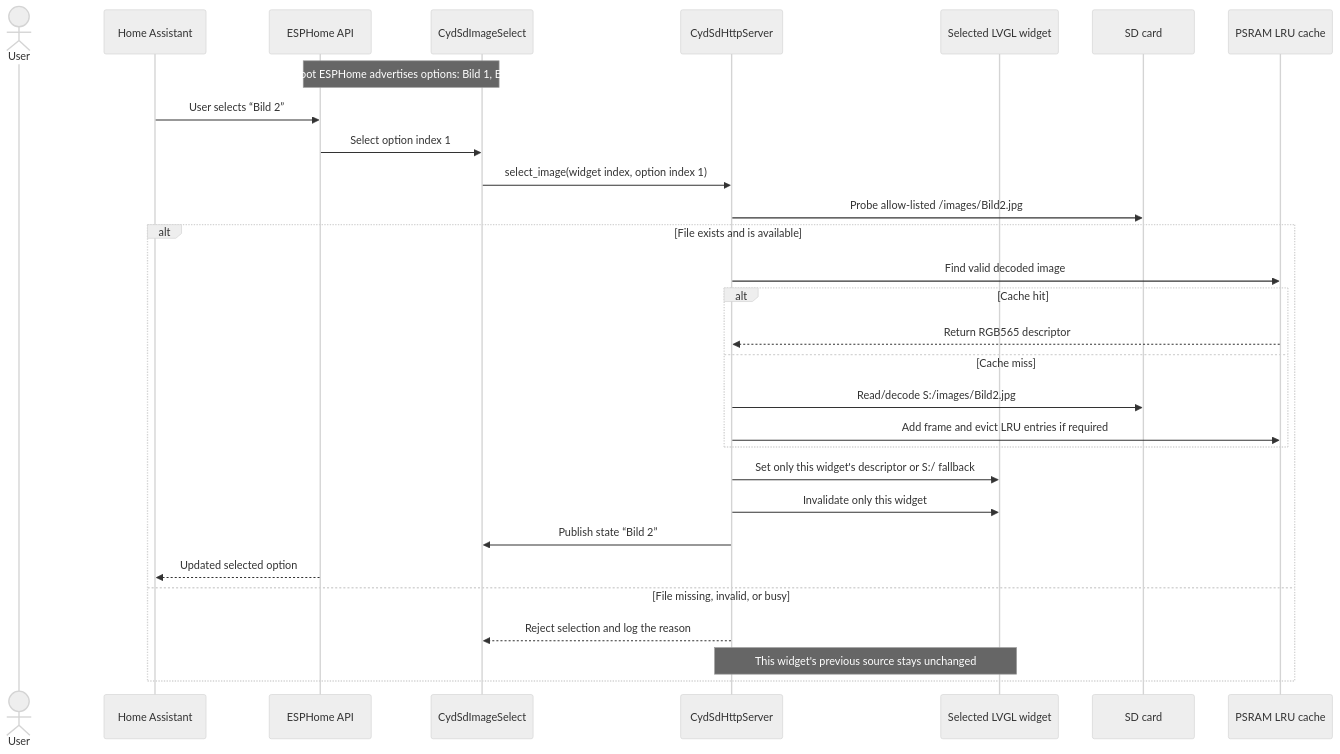
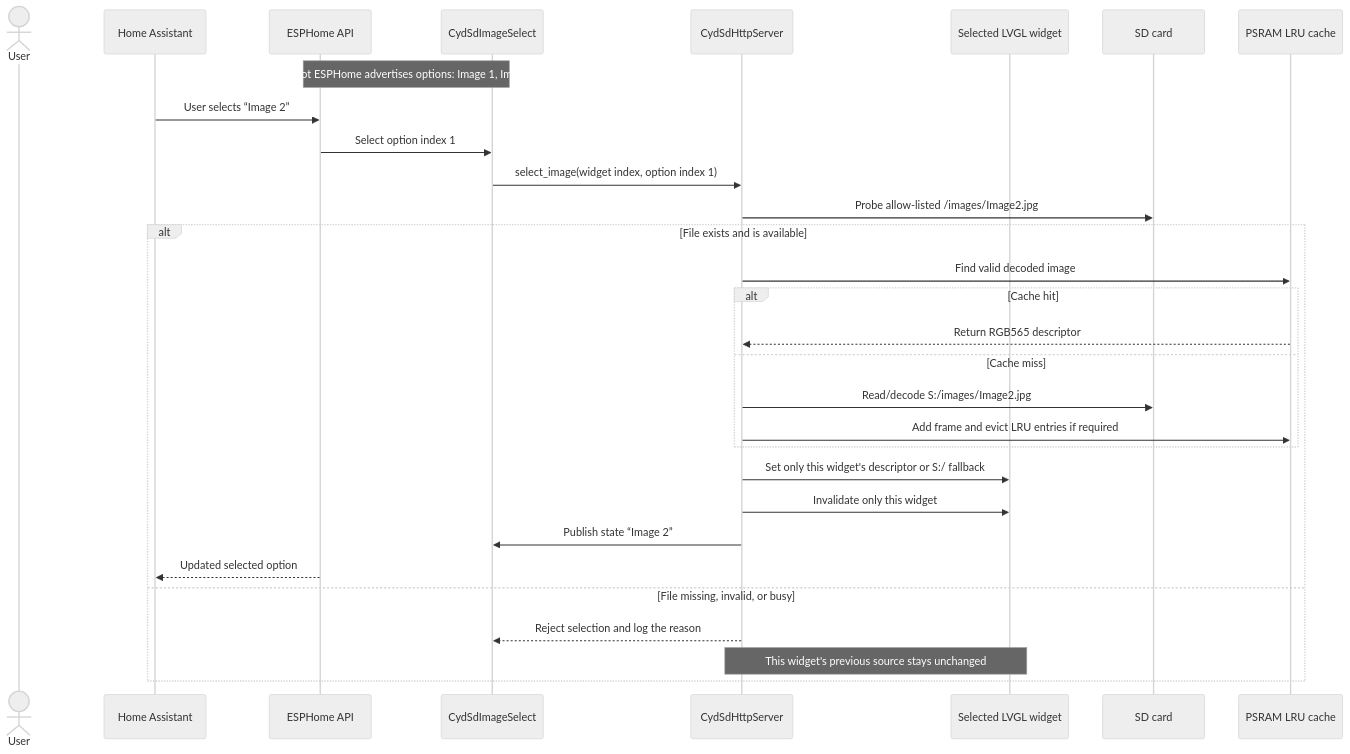
One commit to herrdivad/ESPHomeSDCardServer changed the fourth of 6 diagrams in docs/DIRECT_SD_IMAGE_WORKFLOW.md. Above: the diagram before and after it, drawn with Mermaid (neutral theme). The commit also changed other lines of this file and 8 other files, not shown here.

````diff
--- a/docs/DIRECT_SD_IMAGE_WORKFLOW.md
+++ b/docs/DIRECT_SD_IMAGE_WORKFLOW.md
@@ -183,33 +183,33 @@
 ```mermaid
 sequenceDiagram
     actor User
     participant HA as Home Assistant
     participant API as ESPHome API
     participant Select as CydSdImageSelect
     participant Server as CydSdHttpServer
     participant LVGL as Selected LVGL widget
     participant Card as SD card
     participant Cache as PSRAM LRU cache
 
-    Note over API,Select: At boot ESPHome advertises options: Bild 1, Bild 2
-    HA->>API: User selects “Bild 2”
+    Note over API,Select: At boot ESPHome advertises options: Image 1, Image 2
+    HA->>API: User selects “Image 2”
     API->>Select: Select option index 1
     Select->>Server: select_image(widget index, option index 1)
-    Server->>Card: Probe allow-listed /images/Bild2.jpg
+    Server->>Card: Probe allow-listed /images/Image2.jpg
     alt File exists and is available
         Server->>Cache: Find valid decoded image
         alt Cache hit
             Cache-->>Server: Return RGB565 descriptor
         else Cache miss
-            Server->>Card: Read/decode S:/images/Bild2.jpg
+            Server->>Card: Read/decode S:/images/Image2.jpg
             Server->>Cache: Add frame and evict LRU entries if required
         end
         Server->>LVGL: Set only this widget's descriptor or S:/ fallback
         Server->>LVGL: Invalidate only this widget
-        Server->>Select: Publish state “Bild 2”
+        Server->>Select: Publish state “Image 2”
         API-->>HA: Updated selected option
     else File missing, invalid, or busy
         Server-->>Select: Reject selection and log the reason
         Note over Server,LVGL: This widget's previous source stays unchanged
     end
 ```
````
